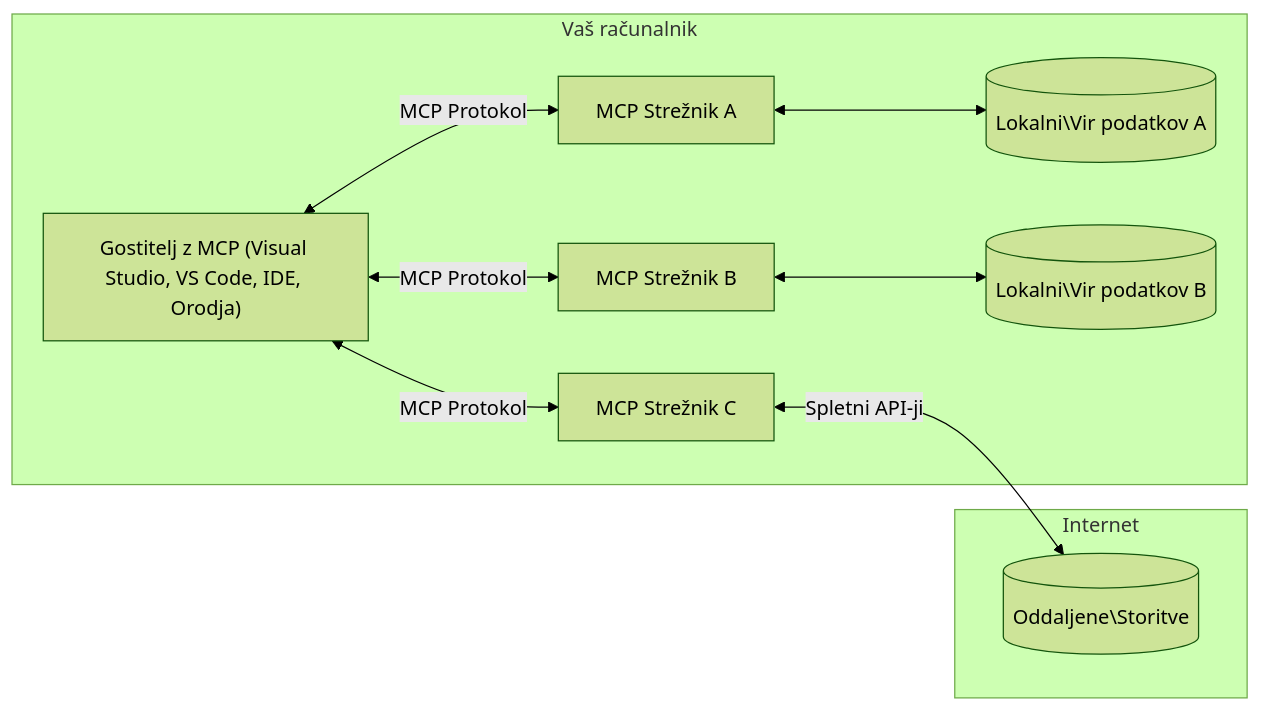
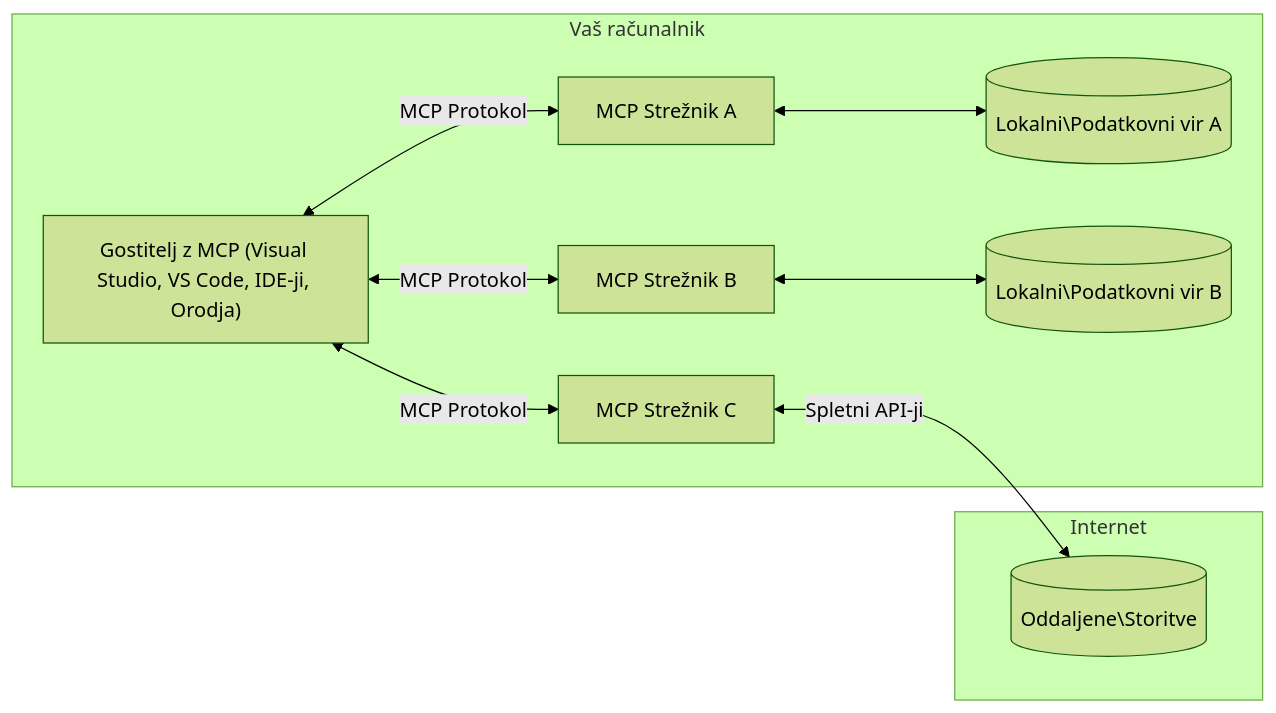
One commit to HIDORAKAI002/ai-workspace-archive changed the diagram in mcp_ecosystem__model_context_protocol/mcp_learning_resources/mcp-for-beginners/translations/sl/01-CoreConcepts/README.md. Above: the diagram before and after it, drawn with Mermaid (forest theme). The commit also changed other lines of this file and 1046 other files, not shown here.

````diff
--- a/mcp_ecosystem__model_context_protocol/mcp_learning_resources/mcp-for-beginners/translations/sl/01-CoreConcepts/README.md
+++ b/mcp_ecosystem__model_context_protocol/mcp_learning_resources/mcp-for-beginners/translations/sl/01-CoreConcepts/README.md
@@ -45,17 +45,17 @@
 ```mermaid
 flowchart LR
     subgraph "Vaš računalnik"
-        Host["Gostitelj z MCP (Visual Studio, VS Code, IDE, Orodja)"]
+        Host["Gostitelj z MCP (Visual Studio, VS Code, IDE-ji, Orodja)"]
         S1["MCP Strežnik A"]
         S2["MCP Strežnik B"]
         S3["MCP Strežnik C"]
         Host <-->|"MCP Protokol"| S1
         Host <-->|"MCP Protokol"| S2
         Host <-->|"MCP Protokol"| S3
-        S1 <--> D1[("Lokalni\Vir podatkov A")]
-        S2 <--> D2[("Lokalni\Vir podatkov B")]
+        S1 <--> D1[("Lokalni\Podatkovni vir A")]
+        S2 <--> D2[("Lokalni\Podatkovni vir B")]
     end
     subgraph "Internet"
         S3 <-->|"Spletni API-ji"| D3[("Oddaljene\Storitve")]
     end
 ```
````
